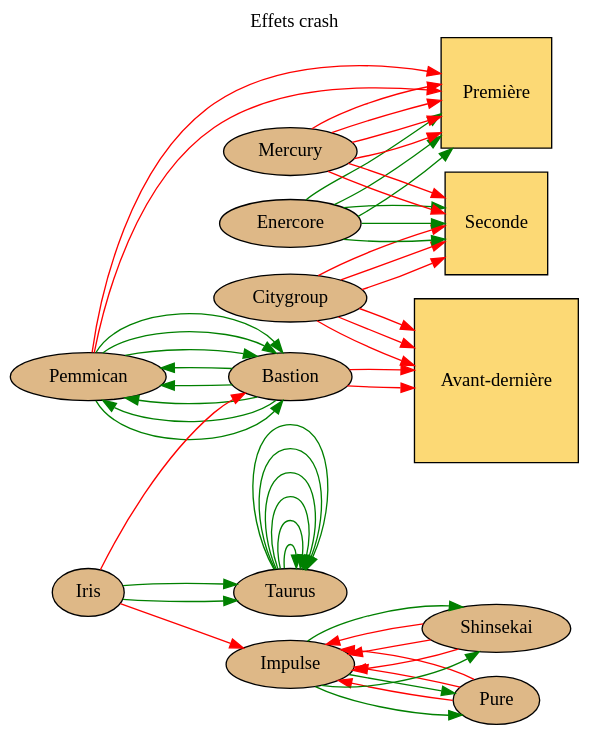
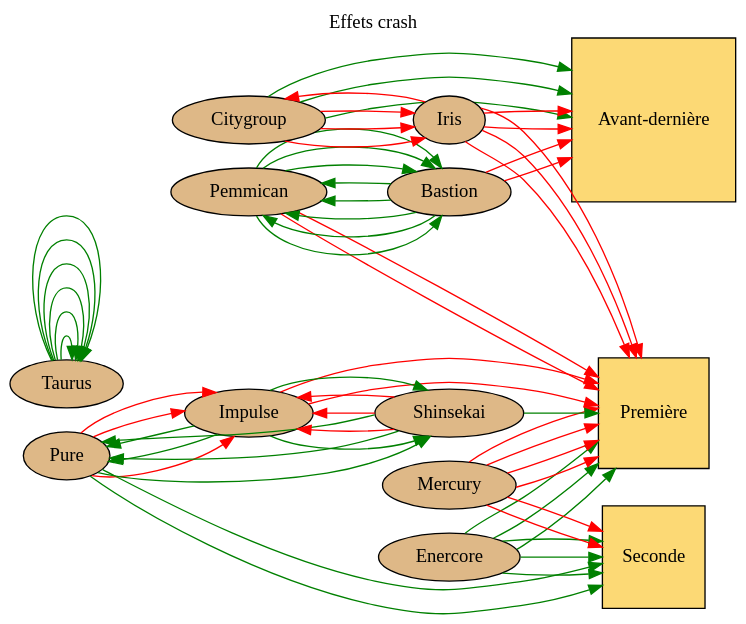
One commit to Neamar/corporate changed the diagram in data/cities/detroit/graphviz/crash.dot. Above: the diagram before and after it, drawn with Graphviz.

Commit message:
Update crash.dot
Très bien, je voulais faire une proposition du coup d'effet, j'ai fait un delta de 6 pour chaque (en valeur absolu). Mes amis, brainstormons gaiement !
Taurus +6 pour lui (une fois?)
Adéfinir : +4 Bastion -2 Premier (scandale écolo)
Bastion : +4 Adefinir -2 Avant dernier (saccage de milice)
Enercore : +3 Premier +3 Second (vend le projet BlackSun)
Mercury : -4 Premier -2 Second (Balance sur la toile les pires dossiers des grands de ce monde)
CityGroup : -3 Iris (partenariat plèbe) +3 Avant Dernier (Vends des projets dont l'avenir est à prouver)
Pure : +2 au second (laisse une opportunité sur le marché du luxe) -3 Impulse (vire les prestataires) +1 pour Shinsekai (adversaire techno)
Shinsekai : +1 Premier (laisse une opportunité sur le marché du luxe) -3 Impulse (vire les prestataires) +2 Pure (adversaire techno)
Iris : -3 Premier (scandale médiatique) -1 CityGroup (partenariat) -2 Avant Dernier (être alarmiste)
Impulse : +2 Shinsekai +2 Pure -2 Premier (vends l'expertise technologique, réseau technique démantelé fait mal au leader)

Qu'en pensez vous ? Ca donne un différentiel de total +6 pour les effets crash (pour donner globalement un intérêt à cette mécanique).

```diff
--- a/data/cities/detroit/graphviz/crash.dot
+++ b/data/cities/detroit/graphviz/crash.dot
@@ -1,85 +1,96 @@
 # dot -T svg data/cities/detroit/graphviz/last.dot > website/static/graphviz/detroit/last.svg
 digraph g{
 	graph [
 		rankdir = "LR"
 		bgcolor=transparent
 	];
 	// title
 	labelloc="t";
 	label="Effets crash";
 
 	premier [shape=square, fillcolor="#FCD975", style="filled", label="Première"];
 	second [shape=square, fillcolor="#FCD975", style="filled", label="Seconde"];
 	avantdernier [shape=square, fillcolor="#FCD975", style="filled", label="Avant-dernière"];
 
 	pemmican [shape=ellipse, fillcolor="burlywood", style="filled", label="Pemmican"];
 	bastion [shape=ellipse, fillcolor="burlywood", style="filled", label="Bastion"];
 	citygroup [shape=ellipse, fillcolor="burlywood", style="filled", label="Citygroup"];
 	enercore [shape=ellipse, fillcolor="burlywood", style="filled", label="Enercore"];
 	iris [shape=ellipse, fillcolor="burlywood",style="filled", label="Iris"];
 	mercury [shape=ellipse, fillcolor="burlywood", style="filled", label="Mercury"];
 	pure [shape=ellipse, fillcolor="burlywood", style="filled", label="Pure"];
 	impulse [shape=ellipse, fillcolor="burlywood", style="filled", label="Impulse"];
 	shinsekai [shape=ellipse, fillcolor="burlywood", style="filled", label="Shinsekai"];
 	taurus [shape=ellipse, fillcolor="burlywood", style="filled", label="Taurus"];
 
 	taurus -> taurus [color="green"];
 	taurus -> taurus [color="green"];
 	taurus -> taurus [color="green"];
 	taurus -> taurus [color="green"];
 	taurus -> taurus [color="green"];
 	taurus -> taurus [color="green"];
 
 	mercury -> premier [color="red"];
 	mercury -> premier [color="red"];
 	mercury -> premier [color="red"];
 	mercury -> premier [color="red"];
 	mercury -> second [color="red"];
 	mercury -> second [color="red"];
 
 	bastion -> pemmican [color="green"];
 	bastion -> pemmican [color="green"];
 	bastion -> pemmican [color="green"];
 	bastion -> pemmican [color="green"];
 	bastion -> avantdernier [color="red"];
 	bastion -> avantdernier [color="red"];
 
 	pemmican -> bastion [color="green"];
 	pemmican -> bastion [color="green"];
 	pemmican -> bastion [color="green"];
 	pemmican -> bastion [color="green"];
 	pemmican -> premier [color="red"];
 	pemmican -> premier [color="red"];
 
-	citygroup-> second [color="red"];
-	citygroup-> second [color="red"];
-	citygroup-> second [color="red"];
-	citygroup-> avantdernier [color="red"];
-	citygroup-> avantdernier [color="red"];
-	citygroup-> avantdernier [color="red"];
+	citygroup-> iris [color="red"];
+	citygroup-> iris [color="red"];
+	citygroup-> iris [color="red"];
+	citygroup-> avantdernier [color="green"];
+	citygroup-> avantdernier [color="green"];
+	citygroup-> avantdernier [color="green"];
 
 	enercore -> premier [color="green"];
 	enercore -> premier [color="green"];
 	enercore -> premier [color="green"];
 	enercore -> second [color="green"];
 	enercore -> second [color="green"];
 	enercore -> second [color="green"];
 
 	shinsekai -> impulse [color="red"];
 	shinsekai -> impulse [color="red"];
 	shinsekai -> impulse [color="red"];
+	shinsekai -> premier [color="green"];
+	shinsekai -> pure [color="green"];
+	shinsekai -> pure [color="green"];
 
 	impulse -> shinsekai [color="green"];
 	impulse -> shinsekai [color="green"];
 	impulse -> pure [color="green"];
 	impulse -> pure [color="green"];
+	impulse -> premier [color="red"];
+	impulse -> premier [color="red"];
 
 	pure -> impulse [color="red"];
 	pure -> impulse [color="red"];
 	pure -> impulse [color="red"];
+	pure -> second [color="green"];
+	pure -> second [color="green"];
+	pure -> shinsekai [color="green"];
 
-	iris -> impulse [color="red"];
-	iris -> bastion [color="red"];
-	iris -> taurus [color="green"];
-	iris -> taurus [color="green"];
+	
+	iris -> premier [color="red"];
+	iris -> premier [color="red"];
+	iris -> premier [color="red"];
+	iris -> avantdernier [color="red"];
+	iris -> avantdernier [color="red"];
+	iris -> citygroup [color="red"];
 }
```
